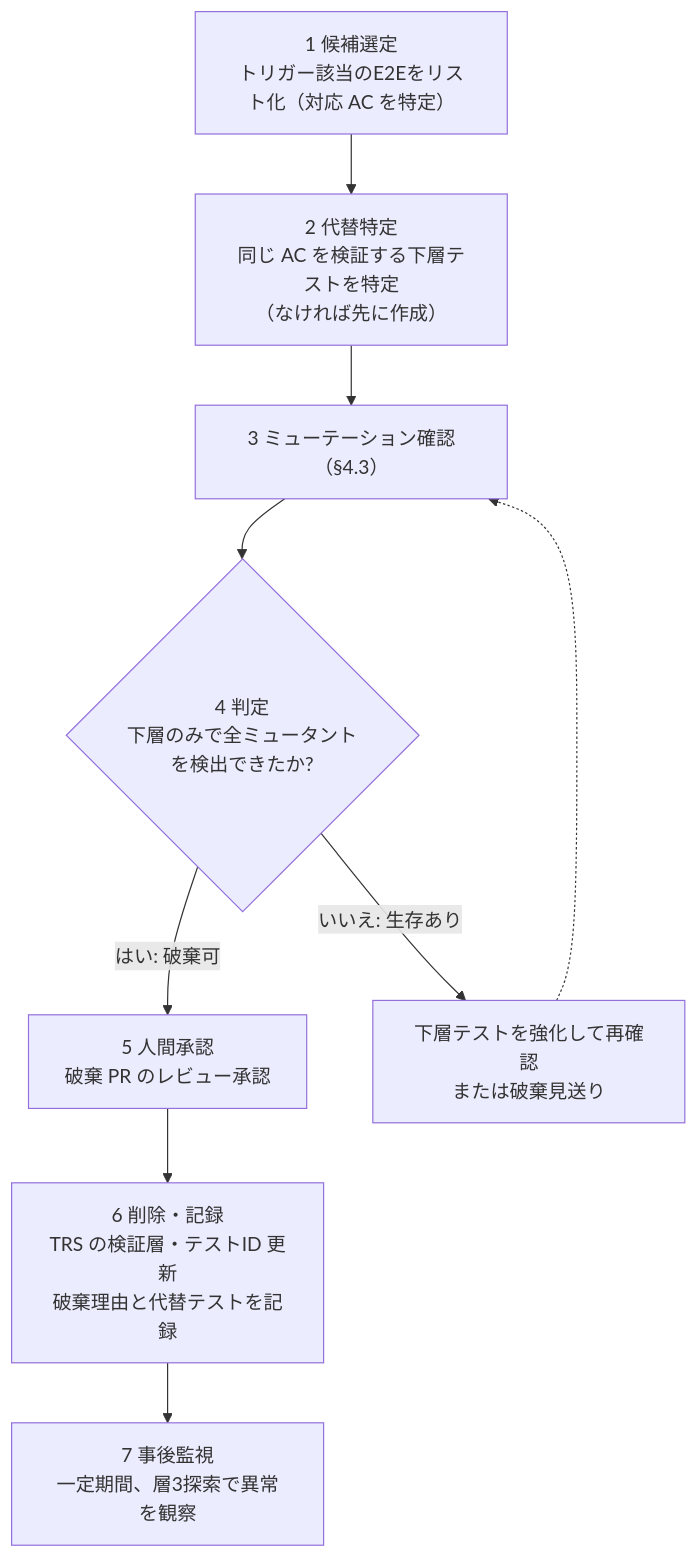
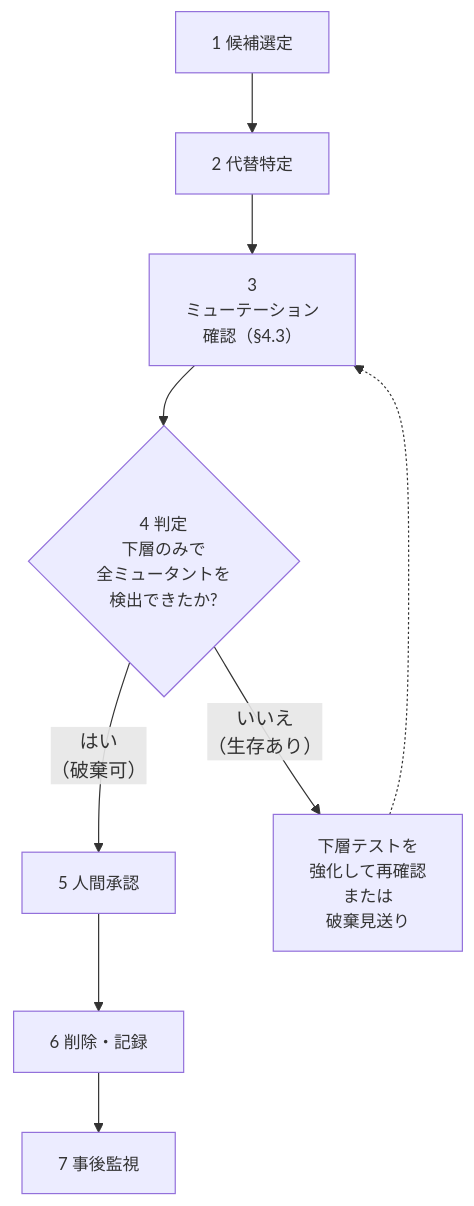
Before and after one commit to toshio-shiratori/harness-test-strategy: the third of 3 diagrams in docs/testing/04-regression-governance.md, drawn with Mermaid. The commit also changed other lines of this file and 5 other files, not shown here.

First line of the commit message:
docs: docs/testing の図で、ノード内の文字が GitHub 上で語の途中で折り返すのを直す (#210) (#220)

````diff
--- a/docs/testing/04-regression-governance.md
+++ b/docs/testing/04-regression-governance.md
@@ -203,15 +217,16 @@
 ```mermaid
 flowchart TB
-  P1["1 候補選定<br/>トリガー該当のE2Eをリスト化（対応 AC を特定）"]
-  P2["2 代替特定<br/>同じ AC を検証する下層テストを特定<br/>（なければ先に作成）"]
-  P3["3 ミューテーション確認（§4.3）"]
-  P4{"4 判定<br/>下層のみで全ミュータント<br/>を検出できたか?"}
-  P4b["下層テストを強化して再確認<br/>または破棄見送り"]
-  P5["5 人間承認<br/>破棄 PR のレビュー承認"]
-  P6["6 削除・記録<br/>TRS の検証層・テストID 更新<br/>破棄理由と代替テストを記録"]
-  P7["7 事後監視<br/>一定期間、層3探索で異常を観察"]
+  P1["1 候補選定"]
+  P2["2 代替特定"]
+  P3["3<br/>ミューテーション<br/>確認（§4.3）"]
+  P4{"4 判定<br/>下層のみで<br/>全ミュータントを<br/>検出できたか?"}
+  P4b["下層テストを<br/>強化して再確認<br/>または<br/>破棄見送り"]
+  P5["5 人間承認"]
+  P6["6 削除・記録"]
+  P7["7 事後監視"]
   P1 --> P2 --> P3 --> P4
-  P4 -- "はい: 破棄可" --> P5 --> P6 --> P7
-  P4 -- "いいえ: 生存あり" --> P4b
+  P4 -- "はい<br/>（破棄可）" --> P5 --> P6 --> P7
+  P4 -- "いいえ<br/>（生存あり）" --> P4b
   P4b -.-> P3
+  classDef default font-size:14px
 ```
````
